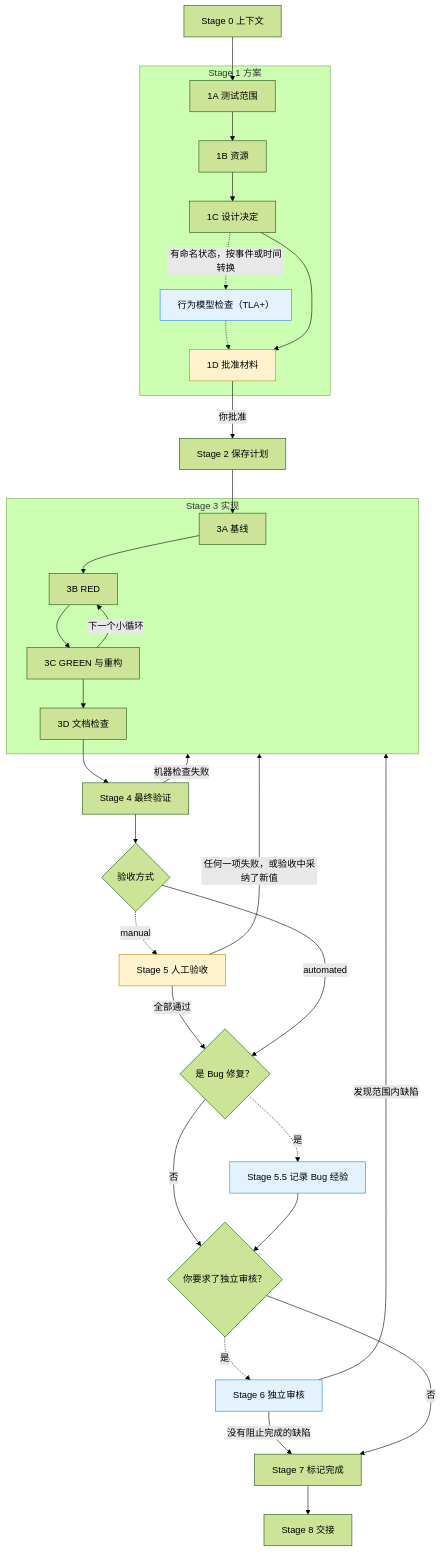
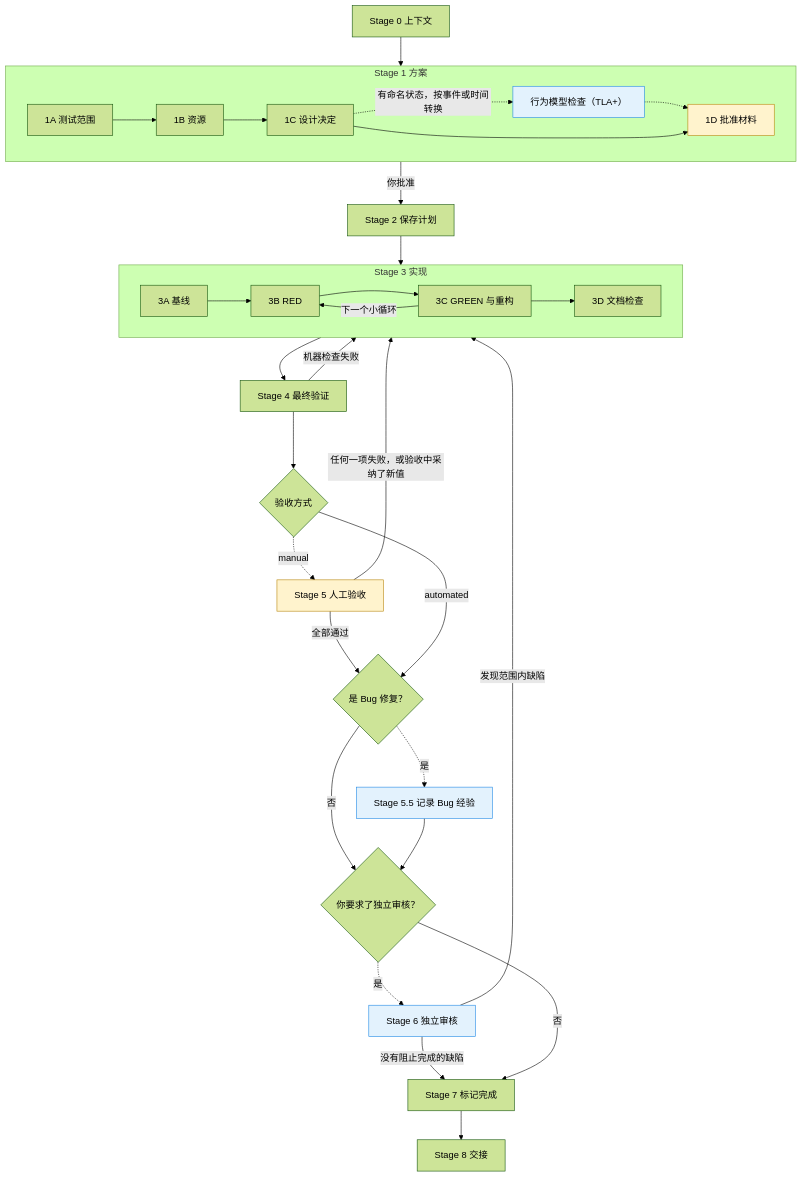
One commit to yxy823/Game_idle_yaya_frame changed the first of 2 diagrams in framework/godot-project-manual/requirements-and-tasks/feature-lifecycle.md. Above: the diagram before and after it, drawn with Mermaid (forest theme).

Commit message:
docs(manual): Feature 执行阶段图的 Stage 1、Stage 3 框内横排
整图约从 583x2529 变成 1737x1716（Pele 渲染）。GitHub 和 VSCode 的 Mermaid 在框内节点连到框外时不按框内方向排，那里仍显示竖排。

````diff
--- a/framework/godot-project-manual/requirements-and-tasks/feature-lifecycle.md
+++ b/framework/godot-project-manual/requirements-and-tasks/feature-lifecycle.md
@@ -45,41 +45,43 @@
 ```mermaid
 flowchart TD
     s0["Stage 0 上下文"] --> s1a
     subgraph s1["Stage 1 方案"]
+        direction LR
         s1a["1A 测试范围"] --> s1b["1B 资源"]
         s1b --> s1c["1C 设计决定"]
         s1c -.->|有命名状态，按事件或时间转换| model["行为模型检查（TLA+）"]
         model -.-> s1d
         s1c --> s1d["1D 批准材料"]
     end
     s1d -->|你批准| s2["Stage 2 保存计划"]
     s2 --> s3a
     subgraph s3["Stage 3 实现"]
+        direction LR
         s3a["3A 基线"] --> s3b["3B RED"]
         s3b --> s3c["3C GREEN 与重构"]
         s3c -->|下一个小循环| s3b
         s3c --> s3d["3D 文档检查"]
     end
     s3d --> s4["Stage 4 最终验证"]
     s4 -->|机器检查失败| s3
     s4 --> mode{"验收方式"}
     mode -.->|manual| s5["Stage 5 人工验收"]
     s5 -->|任何一项失败，或验收中采纳了新值| s3
     bug{"是 Bug 修复？"}
     s5 -->|全部通过| bug
     mode -->|automated| bug
     bug -.->|是| s55["Stage 5.5 记录 Bug 经验"]
     review{"你要求了独立审核？"}
     bug -->|否| review
     s55 --> review
     review -.->|是| s6["Stage 6 独立审核"]
     s6 -->|发现范围内缺陷| s3
     s7["Stage 7 标记完成"]
     s6 -->|没有阻止完成的缺陷| s7
     review -->|否| s7
     s7 --> s8["Stage 8 交接"]
     classDef stop fill:#fff3cd,stroke:#b8860b,color:#000
     classDef optional fill:#e3f2fd,stroke:#1e88e5,color:#000
     class s1d,s5 stop
     class model,s55,s6 optional
 ```
````
